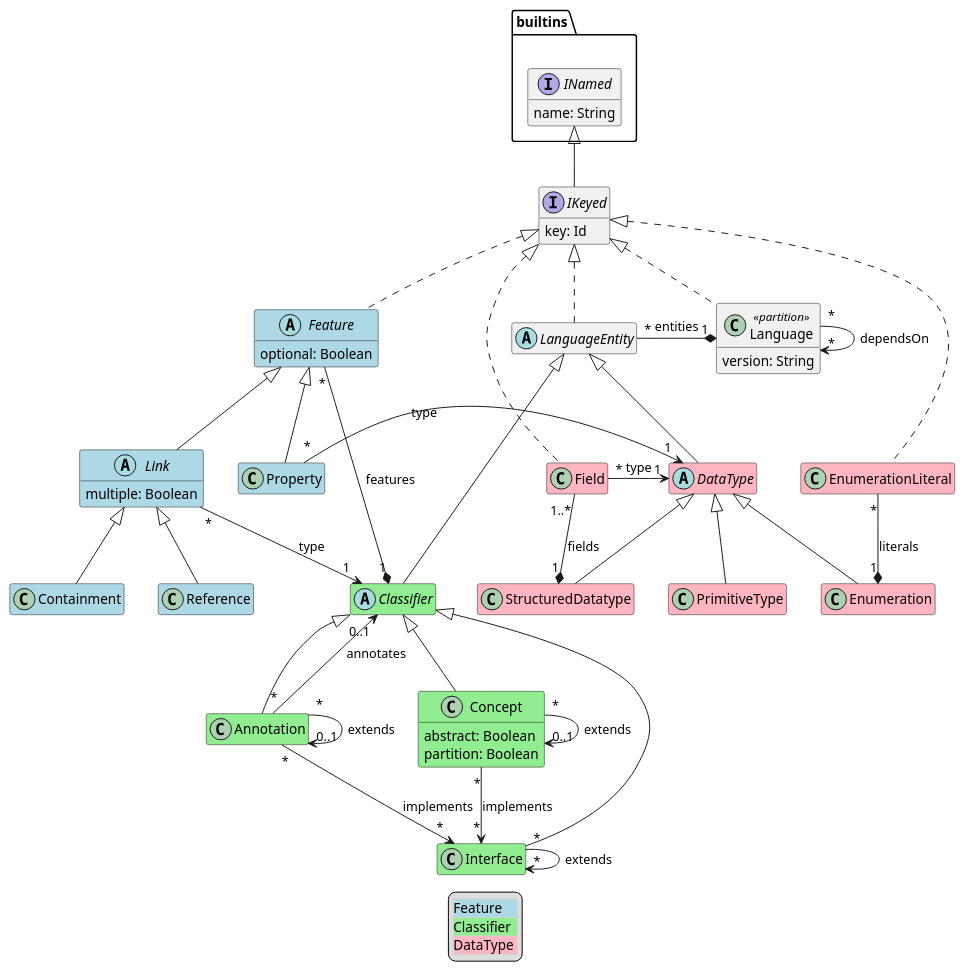
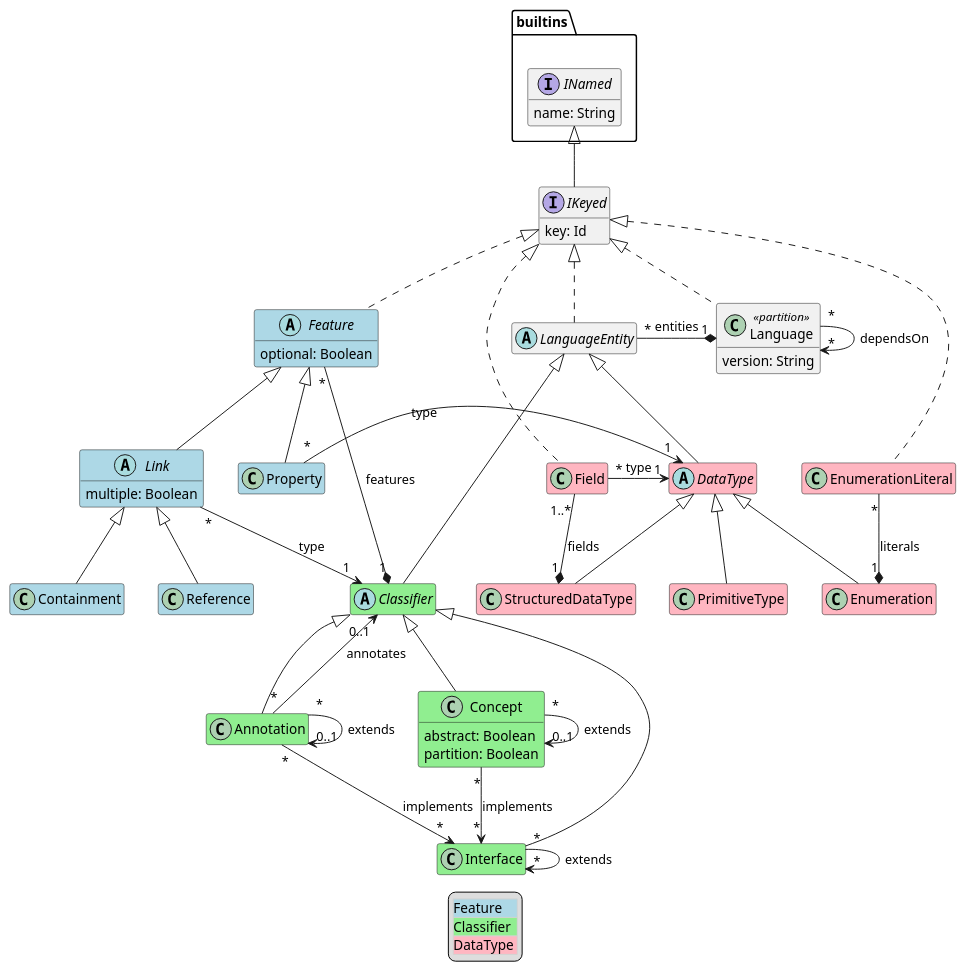
One commit to LionWeb-io/specification changed the diagram in metametamodel/metametamodel.puml. Above: the diagram before and after it, drawn with PlantUML. The commit also changed 4 other files, not shown here.

Commit message:
renamed StructuredDatatype -> StructuredDataType

```diff
--- a/metametamodel/metametamodel.puml
+++ b/metametamodel/metametamodel.puml
@@ -1,90 +1,90 @@
 @startuml
 hide empty members
 
 package builtins {
   interface builtins.INamed {
     name: String
   }
 }
 
 class Annotation #LightGreen extends Classifier
 
 class Concept #LightGreen extends Classifier {
   abstract: Boolean
   partition: Boolean
 }
 
 class Interface #LightGreen extends Classifier
 
 class Containment #LightBlue extends Link
 
 abstract class DataType #LightPink extends LanguageEntity
 
 class Enumeration #LightPink extends DataType
 
 class EnumerationLiteral #LightPink implements IKeyed
 
 abstract class Feature #LightBlue implements IKeyed {
   optional: Boolean
 }
 
 class Field #LightPink implements IKeyed
 
 abstract class Classifier #LightGreen extends LanguageEntity
 
 abstract class Link #LightBlue extends Feature {
   multiple: Boolean
 }
 
 class Language <<partition>> implements IKeyed {
   version: String
 }
 
 abstract class LanguageEntity implements IKeyed
 
 interface IKeyed extends builtins.INamed {
   key: Id
 }
 
 class PrimitiveType #LightPink extends DataType
 
 class Property #LightBlue extends Feature
 
 class Reference #LightBlue extends Link
 
-class StructuredDatatype #LightPink extends DataType
+class StructuredDataType #LightPink extends DataType
 
 ' relations:
 
 Annotation "*" --> "0..1" Classifier: annotates
 Annotation "*" --> "0..1" Annotation: extends
 Annotation "*" --> "*" Interface: implements
 
 Concept "*" --> "0..1" Concept: extends
 Concept "*" --> "*" Interface: implements
 
 Interface "*" --> "*" Interface: extends
 
 EnumerationLiteral "*" -* "1" Enumeration : literals
 
 Feature "*" -* "1" Classifier: features
 
 Field "*" -> "1" DataType: type
 
 Link "*" --> "1" Classifier: type
 
 Language "*" --> "*" Language: dependsOn
 LanguageEntity "*" -* "1" Language: entities
 
 Property "*" -> "1" DataType: type
 
-Field "1..*" -* "1" StructuredDatatype: fields
+Field "1..*" -* "1" StructuredDataType: fields
 
 Language -[hidden]- EnumerationLiteral
 
 legend
   <#LightGray,#LightGray>| <#LightBlue>Feature |
   | <#LightGreen>Classifier |
   | <#LightPink>DataType |
 end legend
 @enduml
```
